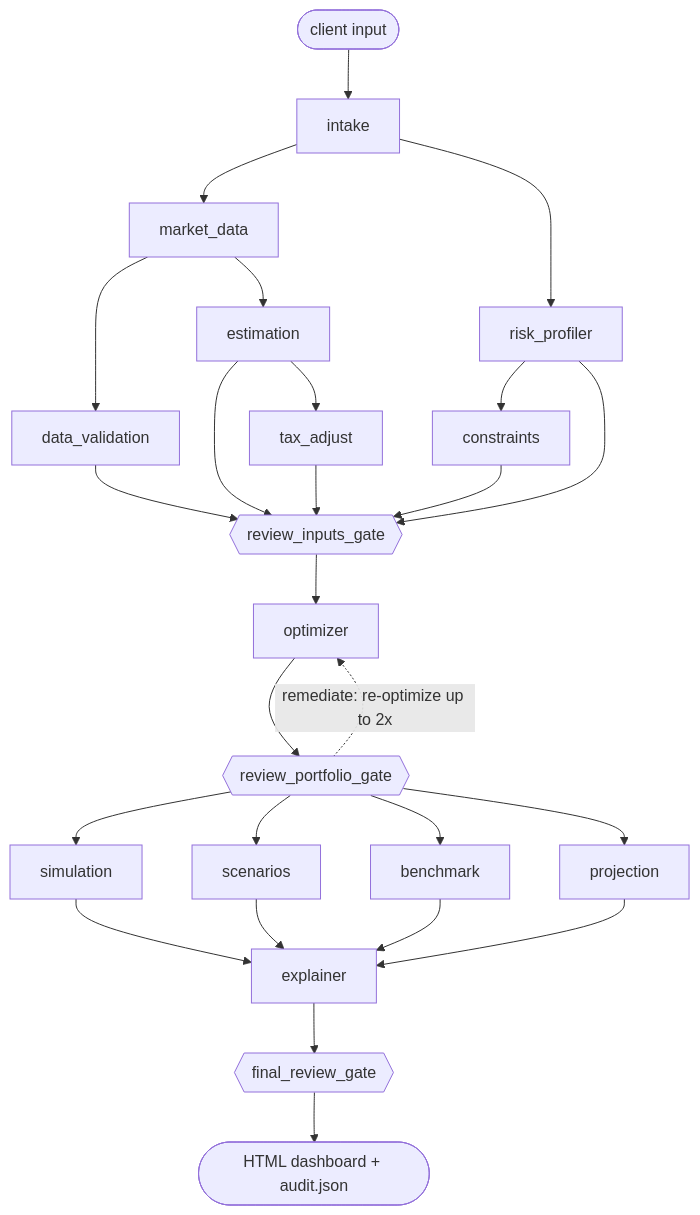
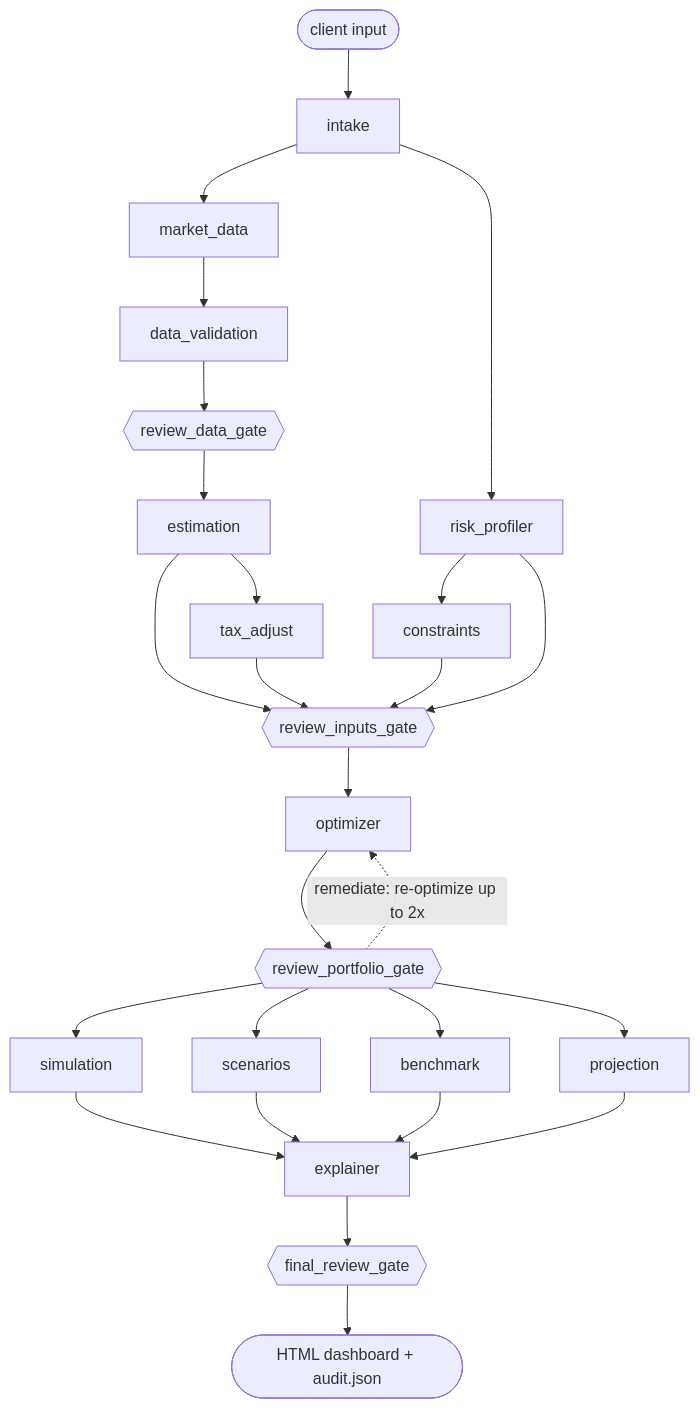
Before and after one commit to georgeztian/robo-advisor: the diagram in docs/ARCHITECTURE.md, drawn with Mermaid. The commit also changed other lines of this file and 24 other files, not shown here.

First line of the commit message:
Fix audit findings: short-sale taxes, zero-W0 runs, data gate, stronger reviewer

````diff
--- a/docs/ARCHITECTURE.md
+++ b/docs/ARCHITECTURE.md
@@ -10,16 +10,18 @@
 ```mermaid
 flowchart TD
   client([client input]) --> intake
   intake --> risk_profiler & market_data
   risk_profiler --> constraints
-  market_data --> data_validation & estimation
+  market_data --> data_validation
+  data_validation --> G0{{review_data_gate}}
+  G0 --> estimation
   estimation --> tax_adjust
-  data_validation & estimation & tax_adjust & constraints & risk_profiler --> G1{{review_inputs_gate}}
+  estimation & tax_adjust & constraints & risk_profiler --> G1{{review_inputs_gate}}
   G1 --> optimizer
   optimizer --> G2{{review_portfolio_gate}}
   G2 -. remediate: re-optimize up to 2x .-> optimizer
   G2 --> simulation & scenarios & benchmark & projection
   simulation & scenarios & benchmark & projection --> explainer
   explainer --> G3{{final_review_gate}}
   G3 --> report([HTML dashboard + audit.json])
 ```
````
